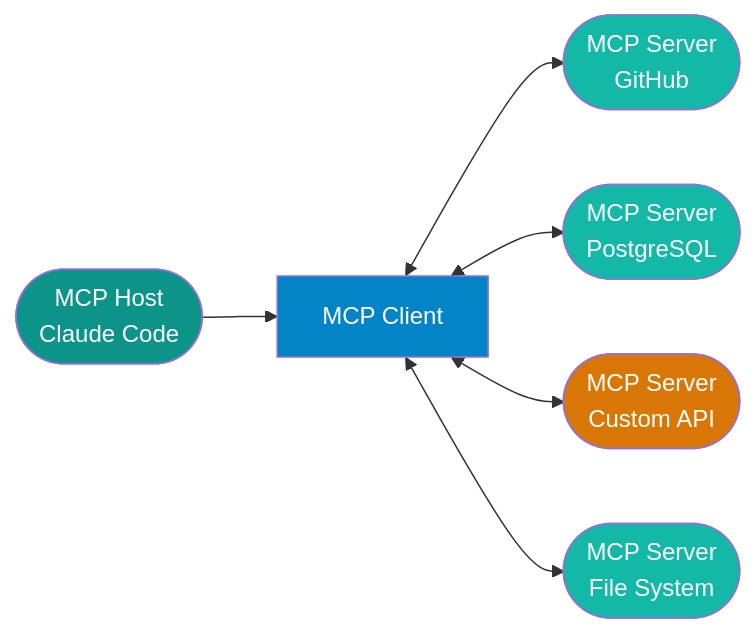
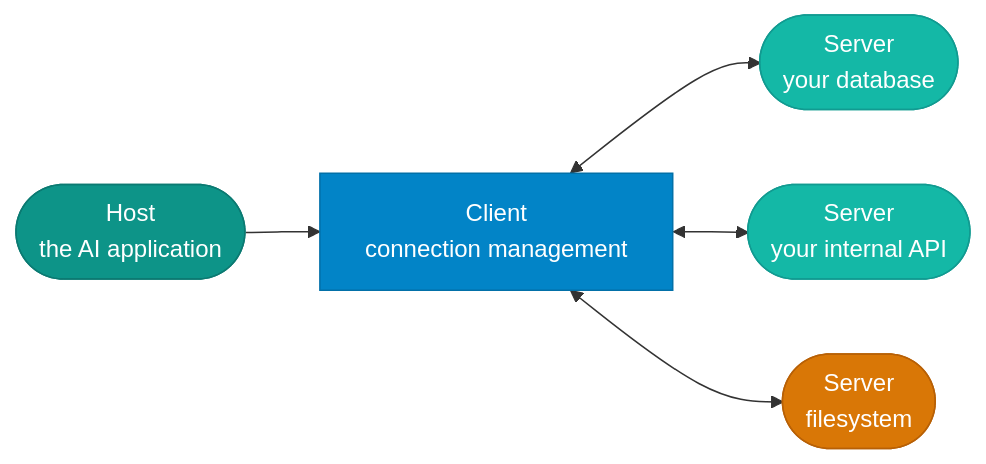
Before and after one commit to nitin27may/ai-resources: the diagram in docs/ai-dev-tools/mcp.md, drawn with Mermaid. The commit also changed other lines of this file and 20 other files, not shown here.

````diff
--- a/docs/ai-dev-tools/mcp.md
+++ b/docs/ai-dev-tools/mcp.md
@@ -31,13 +47,12 @@
 ```mermaid
 flowchart LR
-    H([MCP Host\nClaude Code]):::primary --> C[MCP Client]:::processing
-    C <--> S1([MCP Server\nGitHub]):::storage
-    C <--> S2([MCP Server\nPostgreSQL]):::storage
-    C <--> S3([MCP Server\nCustom API]):::warning
-    C <--> S4([MCP Server\nFile System]):::storage
+    H([Host<br/>the AI application]):::primary --> C[Client<br/>connection management]:::processing
+    C <--> S1([Server<br/>your database]):::storage
+    C <--> S2([Server<br/>your internal API]):::storage
+    C <--> S3([Server<br/>filesystem]):::warning
 
-    classDef primary fill:#0d9488,color:#fff
-    classDef processing fill:#0284c7,color:#fff
-    classDef storage fill:#14b8a6,color:#fff
-    classDef warning fill:#d97706,color:#fff
+    classDef primary fill:#0d9488,stroke:#0b7a72,color:#fff
+    classDef processing fill:#0284c7,stroke:#0270a8,color:#fff
+    classDef storage fill:#14b8a6,stroke:#119b91,color:#fff
+    classDef warning fill:#d97706,stroke:#b86005,color:#fff
 ```
````
